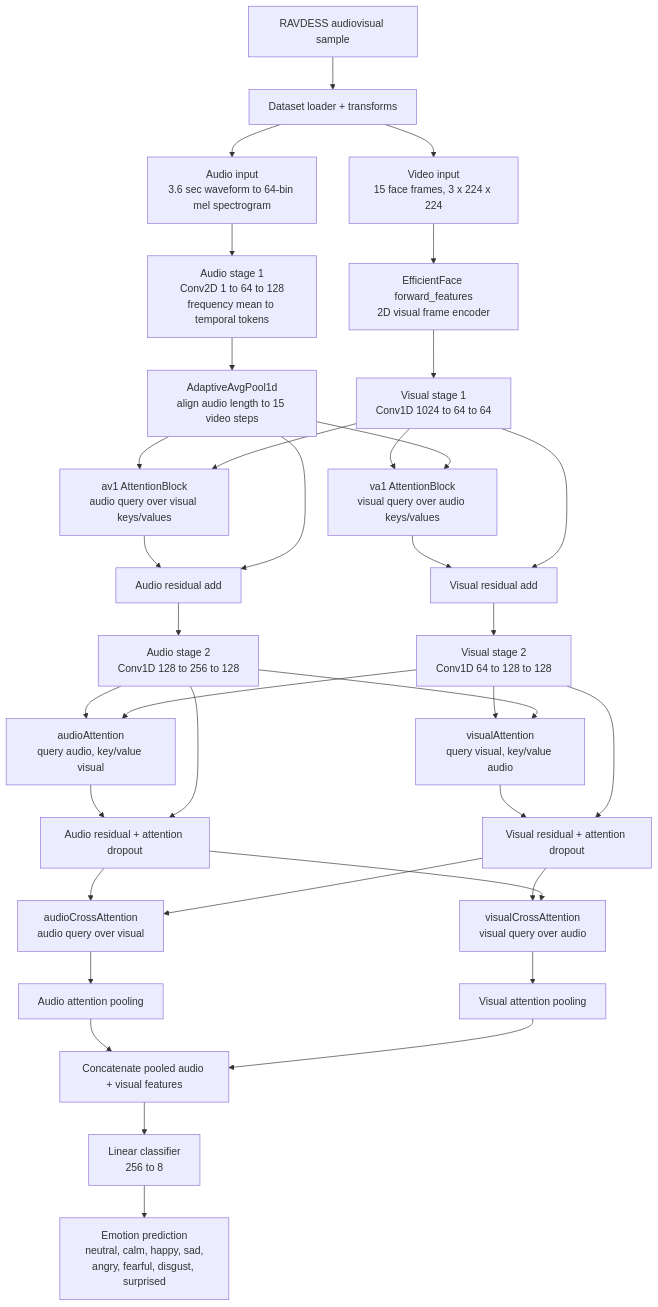
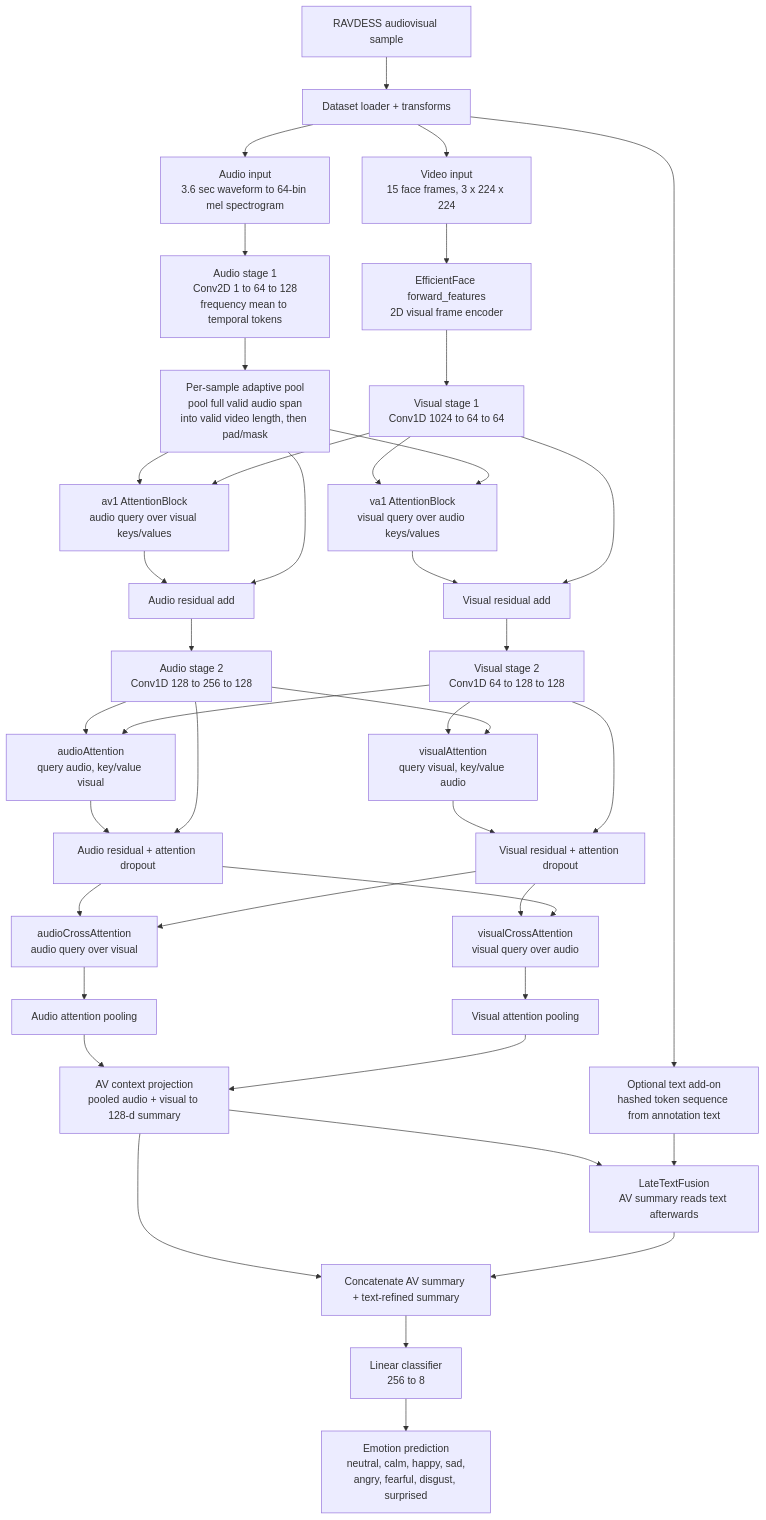
One commit to Gakshith/AVTCA-Research changed the first of 2 diagrams in docs/architecture.md. Above: the diagram before and after it, drawn with Mermaid. The commit also changed other lines of this file and 62 other files, not shown here.

````diff
--- a/docs/architecture.md
+++ b/docs/architecture.md
@@ -39,49 +39,54 @@
 ```mermaid
 flowchart TD
 
     RAW["RAVDESS audiovisual sample"] --> PRE["Dataset loader + transforms"]
 
     PRE --> VID["Video input<br/>15 face frames, 3 x 224 x 224"]
     PRE --> AUD["Audio input<br/>3.6 sec waveform to 64-bin mel spectrogram"]
+    PRE --> TXT["Optional text add-on<br/>hashed token sequence from annotation text"]
 
     VID --> VF["EfficientFace forward_features<br/>2D visual frame encoder"]
     VF --> VS1["Visual stage 1<br/>Conv1D 1024 to 64 to 64"]
 
     AUD --> AS1["Audio stage 1<br/>Conv2D 1 to 64 to 128<br/>frequency mean to temporal tokens"]
-    AS1 --> ALIGN["AdaptiveAvgPool1d<br/>align audio length to 15 video steps"]
+    AS1 --> ALIGN["Per-sample adaptive pool<br/>pool full valid audio span<br/>into valid video length, then pad/mask"]
 
     ALIGN --> AV1["av1 AttentionBlock<br/>audio query over visual keys/values"]
     VS1 --> AV1
     VS1 --> VA1["va1 AttentionBlock<br/>visual query over audio keys/values"]
     ALIGN --> VA1
 
     AV1 --> ARES1["Audio residual add"]
     ALIGN --> ARES1
     VA1 --> VRES1["Visual residual add"]
     VS1 --> VRES1
 
     ARES1 --> AS2["Audio stage 2<br/>Conv1D 128 to 256 to 128"]
     VRES1 --> VS2["Visual stage 2<br/>Conv1D 64 to 128 to 128"]
 
     AS2 --> MHA_A["audioAttention<br/>query audio, key/value visual"]
     VS2 --> MHA_A
     VS2 --> MHA_V["visualAttention<br/>query visual, key/value audio"]
     AS2 --> MHA_V
 
     MHA_A --> ARES2["Audio residual + attention dropout"]
     AS2 --> ARES2
     MHA_V --> VRES2["Visual residual + attention dropout"]
     VS2 --> VRES2
 
     ARES2 --> FCA["audioCrossAttention<br/>audio query over visual"]
     VRES2 --> FCA
     VRES2 --> FCV["visualCrossAttention<br/>visual query over audio"]
     ARES2 --> FCV
 
     FCA --> AP["Audio attention pooling"]
     FCV --> VP["Visual attention pooling"]
-    AP --> CAT["Concatenate pooled audio + visual features"]
-    VP --> CAT
+    AP --> AVC["AV context projection<br/>pooled audio + visual to 128-d summary"]
+    VP --> AVC
+    AVC --> TADD["LateTextFusion<br/>AV summary reads text afterwards"]
+    TXT --> TADD
+    AVC --> CAT["Concatenate AV summary + text-refined summary"]
+    TADD --> CAT
     CAT --> CLS["Linear classifier<br/>256 to 8"]
     CLS --> OUT["Emotion prediction<br/>neutral, calm, happy, sad,<br/>angry, fearful, disgust, surprised"]
 ```
````
